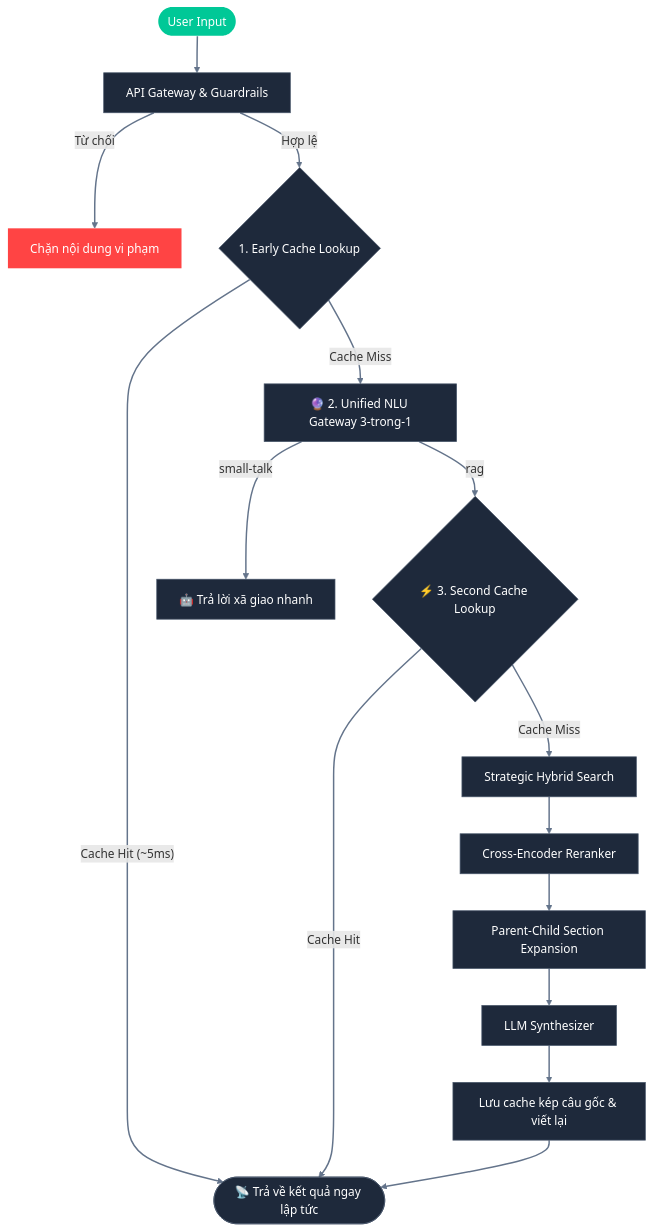
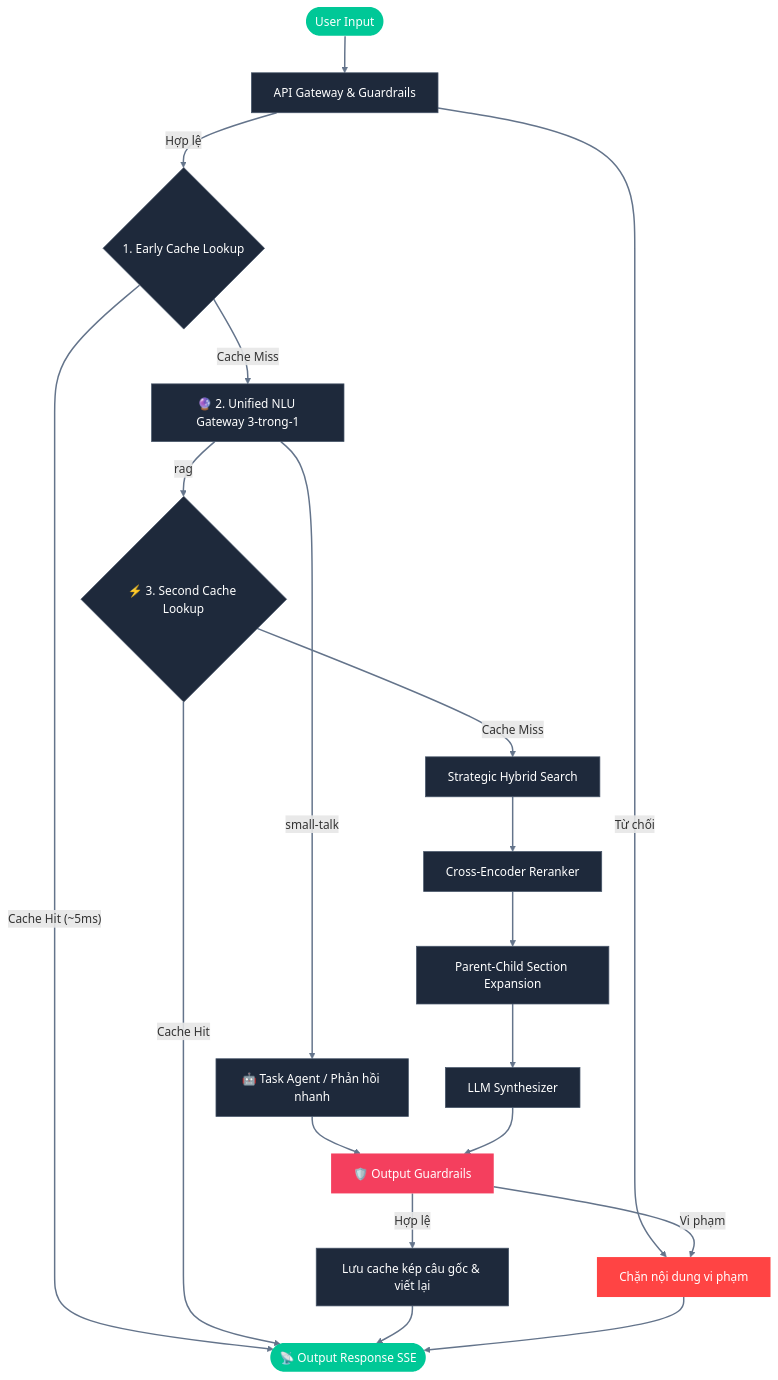
The diagram in PIPELINE.md (dungltcn272/XANH_SM_AI_ASSISTANT_V1), drawn with Mermaid before and after one commit. The commit also changed 6 other files, not shown here.

````diff
--- a/PIPELINE.md
+++ b/PIPELINE.md
@@ -7,28 +7,37 @@
 ```mermaid
 graph TD
     A([User Input]):::input --> B[API Gateway & Guardrails]
     
     B -- Từ chối --> C[Chặn nội dung vi phạm]:::error
     B -- Hợp lệ --> D{1. Early Cache Lookup}
     
-    D -- Cache Hit (~5ms) --> K([📡 Trả về kết quả ngay lập tức])
+    D -- Cache Hit (~5ms) --> K([📡 Output Response SSE]):::input
     D -- Cache Miss --> E[🔮 2. Unified NLU Gateway 3-trong-1]
     
-    E -- small-talk --> F[🤖 Trả lời xã giao nhanh]
+    E -- small-talk --> F[🤖 Task Agent / Phản hồi nhanh]
     E -- rag --> G{⚡ 3. Second Cache Lookup}
     
     G -- Cache Hit --> K
     G -- Cache Miss --> H[Strategic Hybrid Search]
     
     H --> I[Cross-Encoder Reranker]
     I --> J[Parent-Child Section Expansion]
     J --> L[LLM Synthesizer]
-    L --> M[Lưu cache kép câu gốc & viết lại]
+    
+    %% Hai luồng sinh mới đi qua Output Guardrail
+    F --> GuardOut[🛡️ Output Guardrails]:::guard
+    L --> GuardOut
+    
+    %% Phân tách an toàn đầu ra
+    GuardOut -- Vi phạm --> C
+    GuardOut -- Hợp lệ --> M[Lưu cache kép câu gốc & viết lại]
     M --> K
+    C --> K
     
     classDef input fill:#00c897,color:#fff,stroke-width:0px,border-radius:20px;
     classDef error fill:#ff4444,color:#fff,stroke-width:0px;
+    classDef guard fill:#f43f5e,color:#fff,stroke-width:0px;
     
     classDef default fill:#1e293b,color:#fff,stroke:#475569,stroke-width:1px;
     linkStyle default stroke:#64748b,stroke-width:2px;
 ```
````
